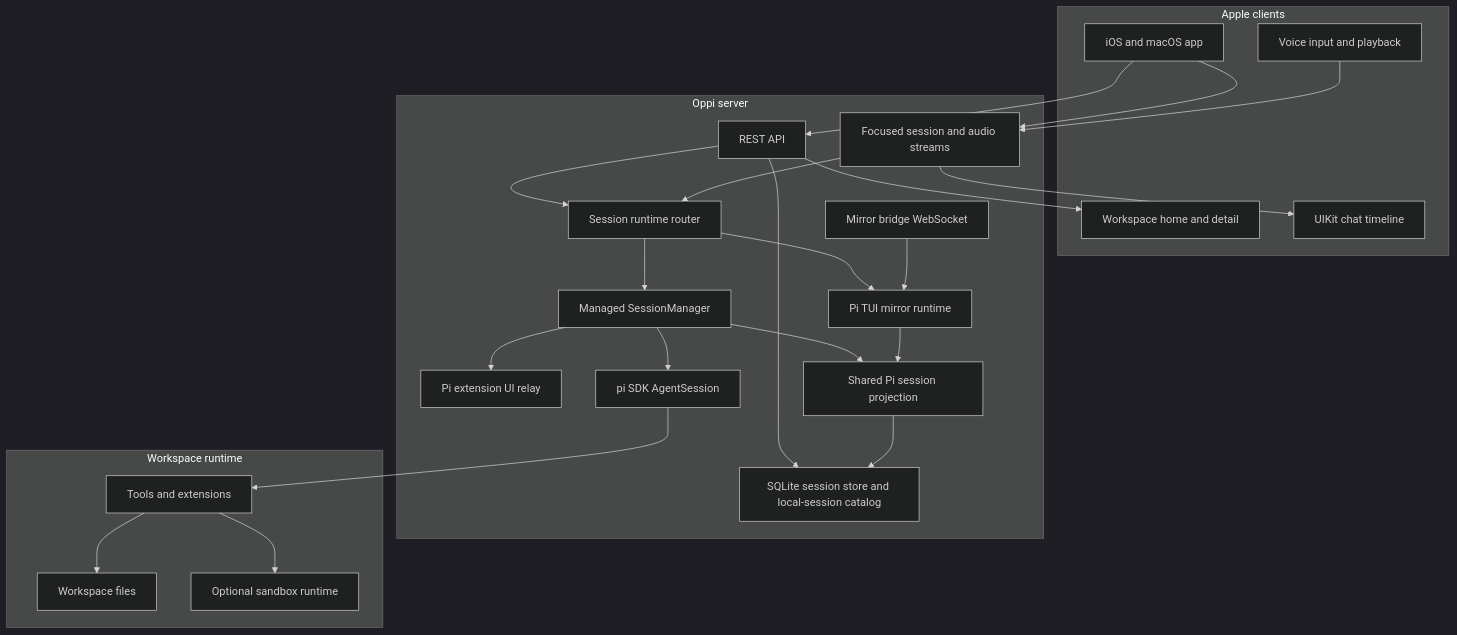
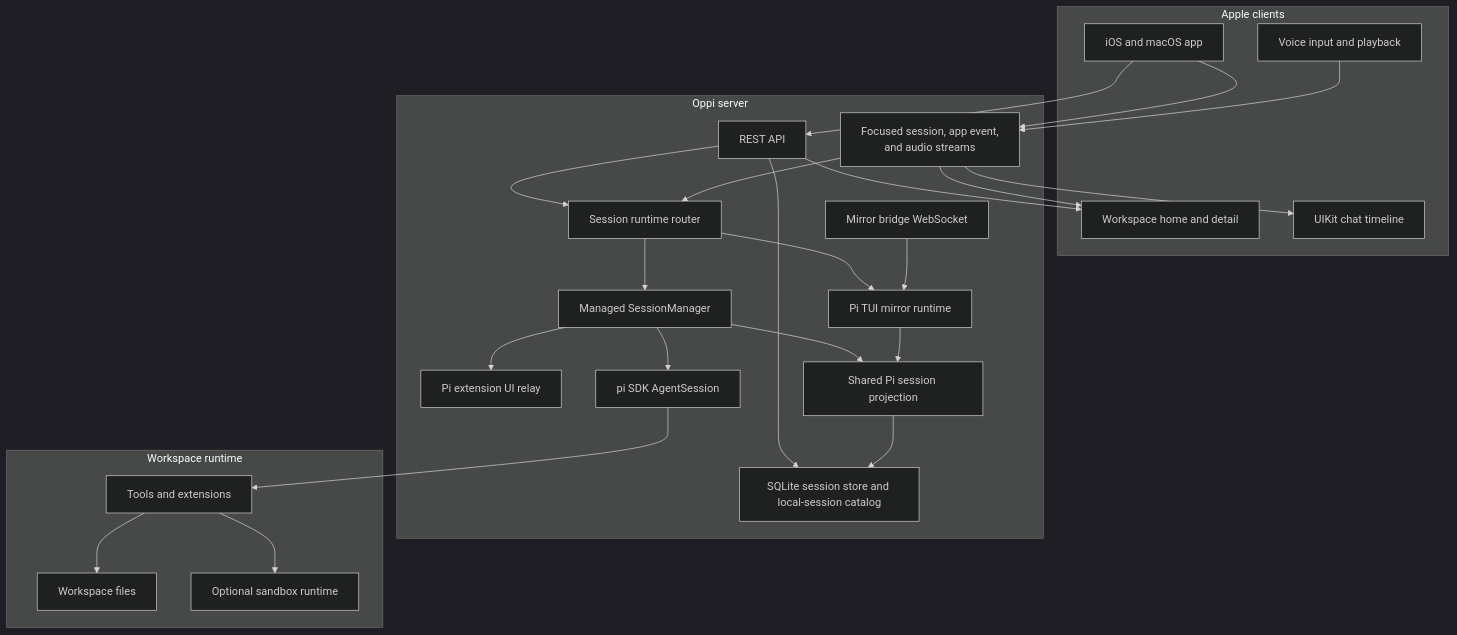
The first of 7 diagrams in docs/architecture.md (duh17/oppi), drawn with Mermaid (dark theme) before and after one commit. The commit also changed other lines of this file and 6 other files, not shown here.

Commit message:
docs: document extension and attachment flows

````diff
--- a/docs/architecture.md
+++ b/docs/architecture.md
@@ -13,48 +13,49 @@
 ```mermaid
 graph TD
   subgraph Apple[Apple clients]
     App[iOS and macOS app]
     WorkspaceUI[Workspace home and detail]
     Timeline[UIKit chat timeline]
     Voice[Voice input and playback]
   end
 
   subgraph Server[Oppi server]
     HTTP[REST API]
-    Streams[Focused session and audio streams]
+    Streams[Focused session, app event,<br/>and audio streams]
     Router[Session runtime router]
     Sessions[Managed SessionManager]
     Mirror[Pi TUI mirror runtime]
     Bridge[Mirror bridge WebSocket]
     ExtensionUI[Pi extension UI relay]
     Storage[SQLite session store and local-session catalog]
     Project[Shared Pi session projection]
     Pi[pi SDK AgentSession]
   end
 
   subgraph Workspace[Workspace runtime]
     Files[Workspace files]
     Tools[Tools and extensions]
     Sandbox[Optional sandbox runtime]
   end
 
   App --> HTTP
   App --> Streams
   HTTP --> Router
   HTTP --> Storage
   Streams --> Router
   Router --> Sessions
   Router --> Mirror
   Bridge --> Mirror
   Sessions --> ExtensionUI
   Sessions --> Pi
   Sessions --> Project
   Mirror --> Project
   Pi --> Tools
   Tools --> Files
   Project --> Storage
   Tools --> Sandbox
   HTTP --> WorkspaceUI
+  Streams --> WorkspaceUI
   Streams --> Timeline
   Voice --> Streams
 ```
````
